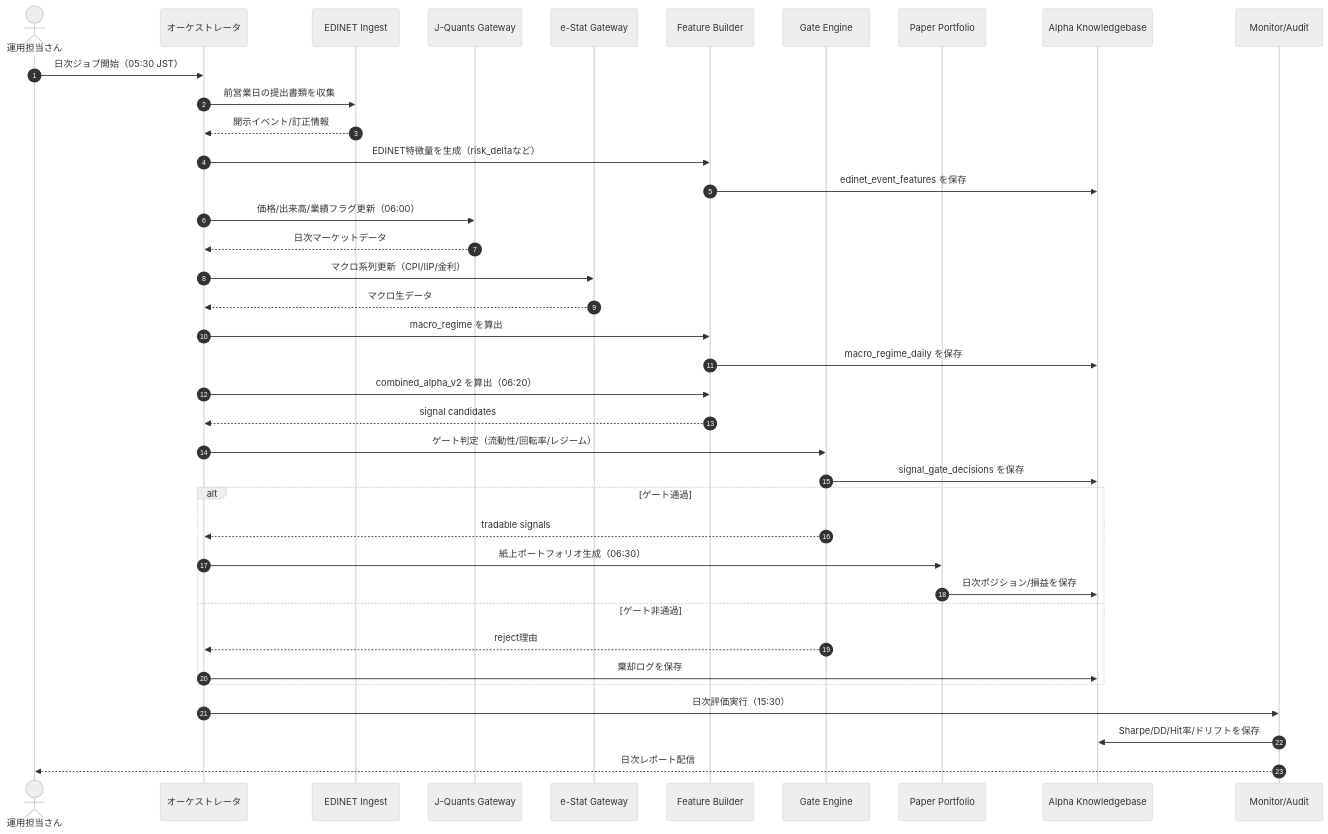
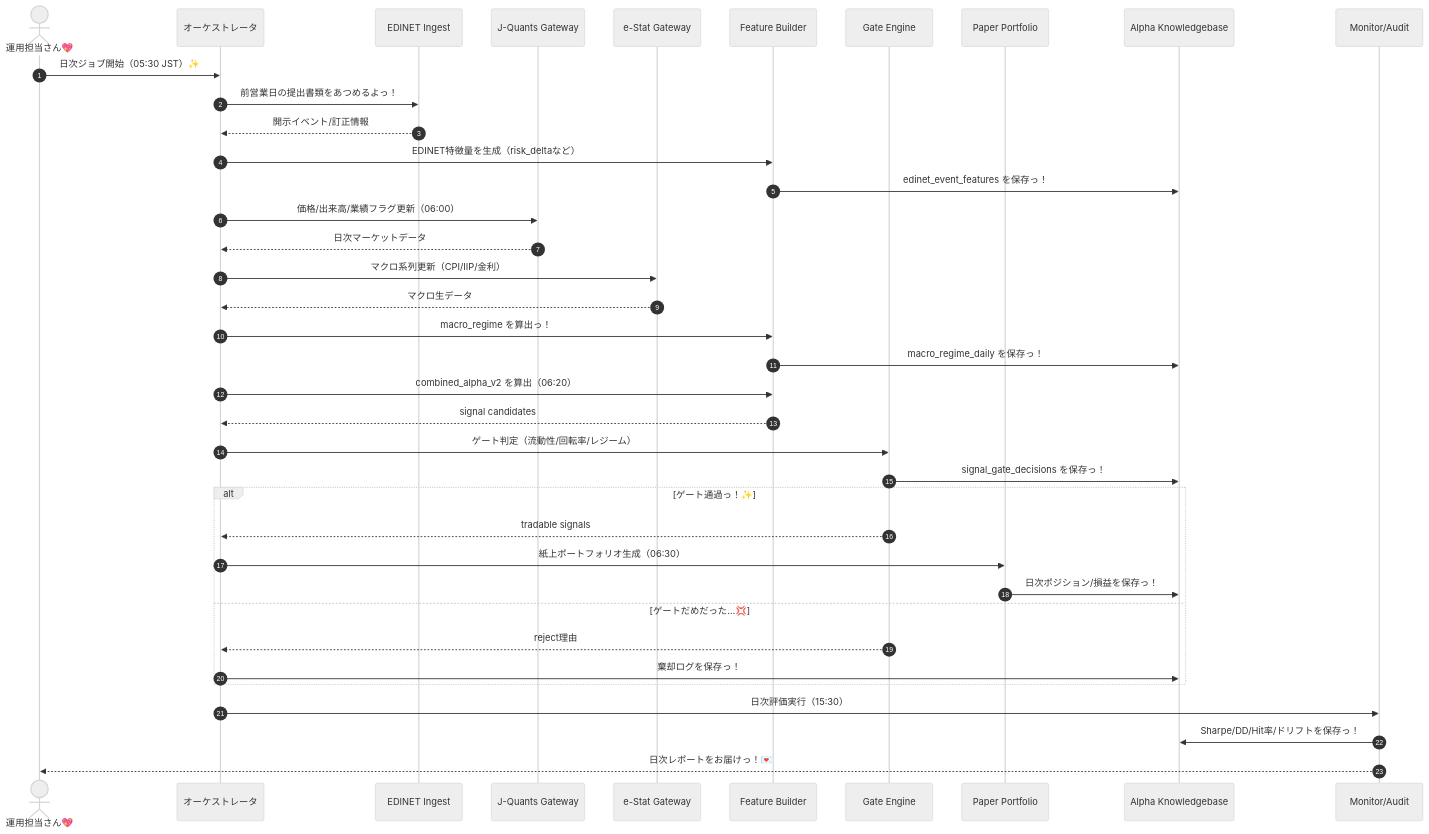
Before and after one commit to KAFKA2306/investor: the first of 2 diagrams in docs/specs/edinet.md, drawn with Mermaid (neutral theme). The commit also changed other lines of this file and 52 other files, not shown here.

````diff
--- a/docs/specs/edinet.md
+++ b/docs/specs/edinet.md
@@ -92,45 +92,45 @@
 ```mermaid
 sequenceDiagram
     autonumber
-    actor Ops as 運用担当さん
+    actor Ops as 運用担当さん💖
     participant Orchestrator as オーケストレータ
     participant EDINET as EDINET Ingest
     participant JQ as J-Quants Gateway
     participant ESTAT as e-Stat Gateway
     participant FE as Feature Builder
     participant GE as Gate Engine
     participant PF as Paper Portfolio
     participant KB as Alpha Knowledgebase
     participant MON as Monitor/Audit
 
-    Ops->>Orchestrator: 日次ジョブ開始（05:30 JST）
-    Orchestrator->>EDINET: 前営業日の提出書類を収集
+    Ops->>Orchestrator: 日次ジョブ開始（05:30 JST）✨
+    Orchestrator->>EDINET: 前営業日の提出書類をあつめるよっ！
     EDINET-->>Orchestrator: 開示イベント/訂正情報
     Orchestrator->>FE: EDINET特徴量を生成（risk_deltaなど）
-    FE->>KB: edinet_event_features を保存
+    FE->>KB: edinet_event_features を保存っ！
 
     Orchestrator->>JQ: 価格/出来高/業績フラグ更新（06:00）
     JQ-->>Orchestrator: 日次マーケットデータ
     Orchestrator->>ESTAT: マクロ系列更新（CPI/IIP/金利）
     ESTAT-->>Orchestrator: マクロ生データ
-    Orchestrator->>FE: macro_regime を算出
-    FE->>KB: macro_regime_daily を保存
+    Orchestrator->>FE: macro_regime を算出っ！
+    FE->>KB: macro_regime_daily を保存っ！
 
     Orchestrator->>FE: combined_alpha_v2 を算出（06:20）
     FE-->>Orchestrator: signal candidates
     Orchestrator->>GE: ゲート判定（流動性/回転率/レジーム）
-    GE->>KB: signal_gate_decisions を保存
+    GE->>KB: signal_gate_decisions を保存っ！
 
-    alt ゲート通過
+    alt ゲート通過っ！✨
         GE-->>Orchestrator: tradable signals
         Orchestrator->>PF: 紙上ポートフォリオ生成（06:30）
-        PF->>KB: 日次ポジション/損益を保存
-    else ゲート非通過
+        PF->>KB: 日次ポジション/損益を保存っ！
+    else ゲートだめだった…💢
         GE-->>Orchestrator: reject理由
-        Orchestrator->>KB: 棄却ログを保存
+        Orchestrator->>KB: 棄却ログを保存っ！
     end
 
     Orchestrator->>MON: 日次評価実行（15:30）
-    MON->>KB: Sharpe/DD/Hit率/ドリフトを保存
-    MON-->>Ops: 日次レポート配信
+    MON->>KB: Sharpe/DD/Hit率/ドリフトを保存っ！
+    MON-->>Ops: 日次レポートをお届けっ！💌
 ```
````
